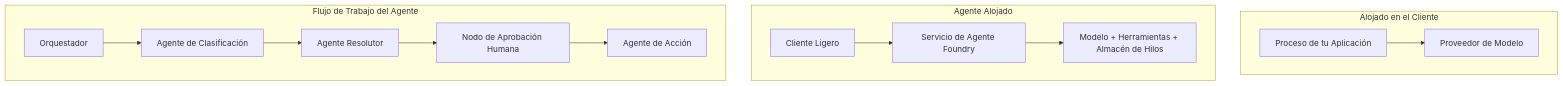
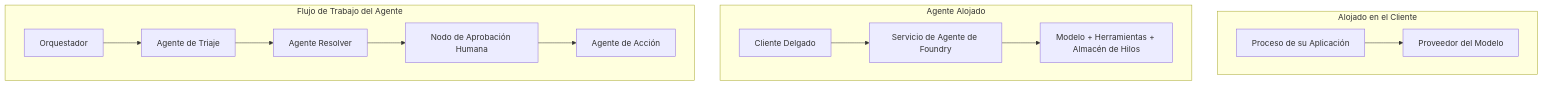
Before and after one commit to microsoft/ai-agents-for-beginners: the first of 4 diagrams in translations/es/16-deploying-scalable-agents/README.md, drawn with Mermaid. The commit also changed other lines of this file and 47 other files, not shown here.

````diff
--- a/translations/es/16-deploying-scalable-agents/README.md
+++ b/translations/es/16-deploying-scalable-agents/README.md
@@ -87,16 +87,16 @@
 ```mermaid
 flowchart TB
     subgraph P1[Alojado en el Cliente]
-        A1[Proceso de tu Aplicación] --> M1[Proveedor de Modelo]
+        A1[Proceso de su Aplicación] --> M1[Proveedor del Modelo]
     end
     subgraph P2[Agente Alojado]
-        A2[Cliente Ligero] --> F2[Servicio de Agente Foundry]
+        A2[Cliente Delgado] --> F2[Servicio de Agente de Foundry]
         F2 --> M2[Modelo + Herramientas + Almacén de Hilos]
     end
     subgraph P3[Flujo de Trabajo del Agente]
-        A3[Orquestador] --> S1[Agente de Clasificación]
-        S1 --> S2[Agente Resolutor]
+        A3[Orquestador] --> S1[Agente de Triaje]
+        S1 --> S2[Agente Resolver]
         S2 --> H[Nodo de Aprobación Humana]
         H --> S3[Agente de Acción]
     end
 ```
````
